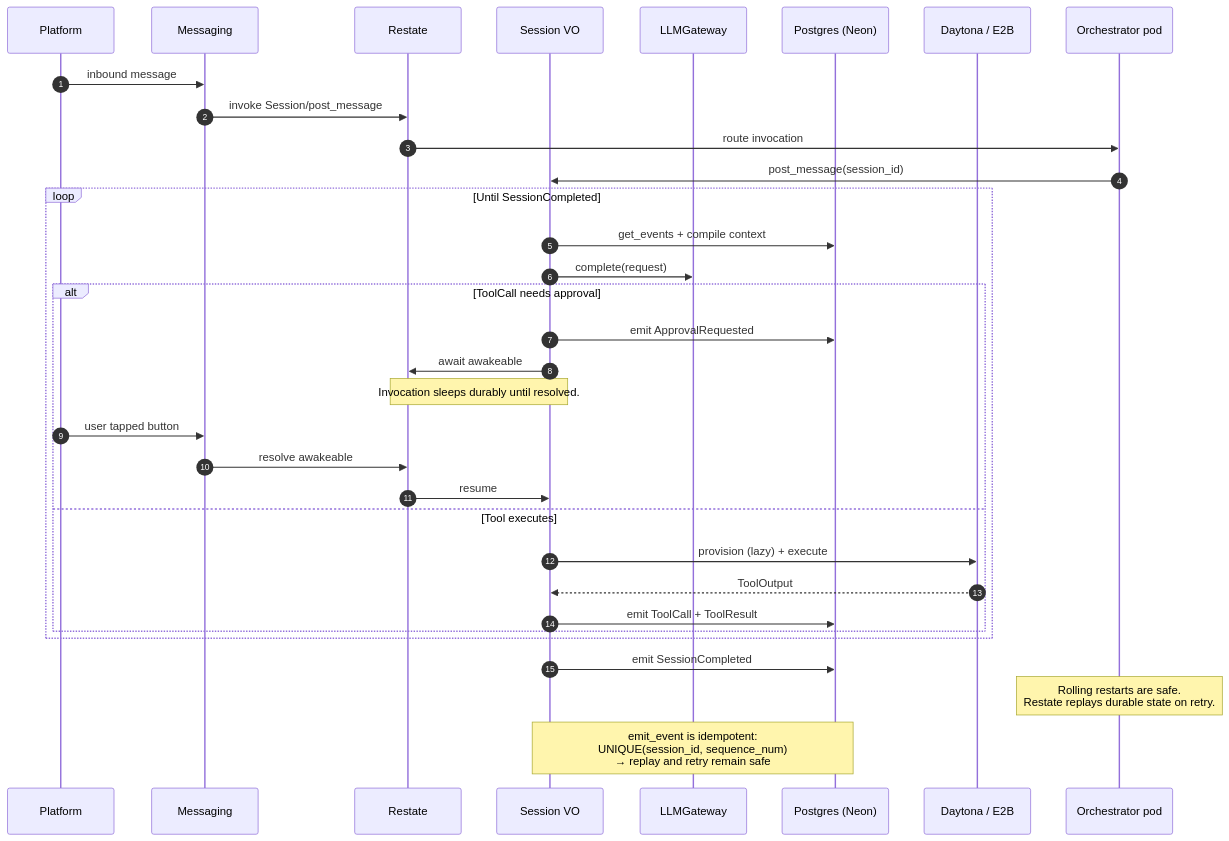
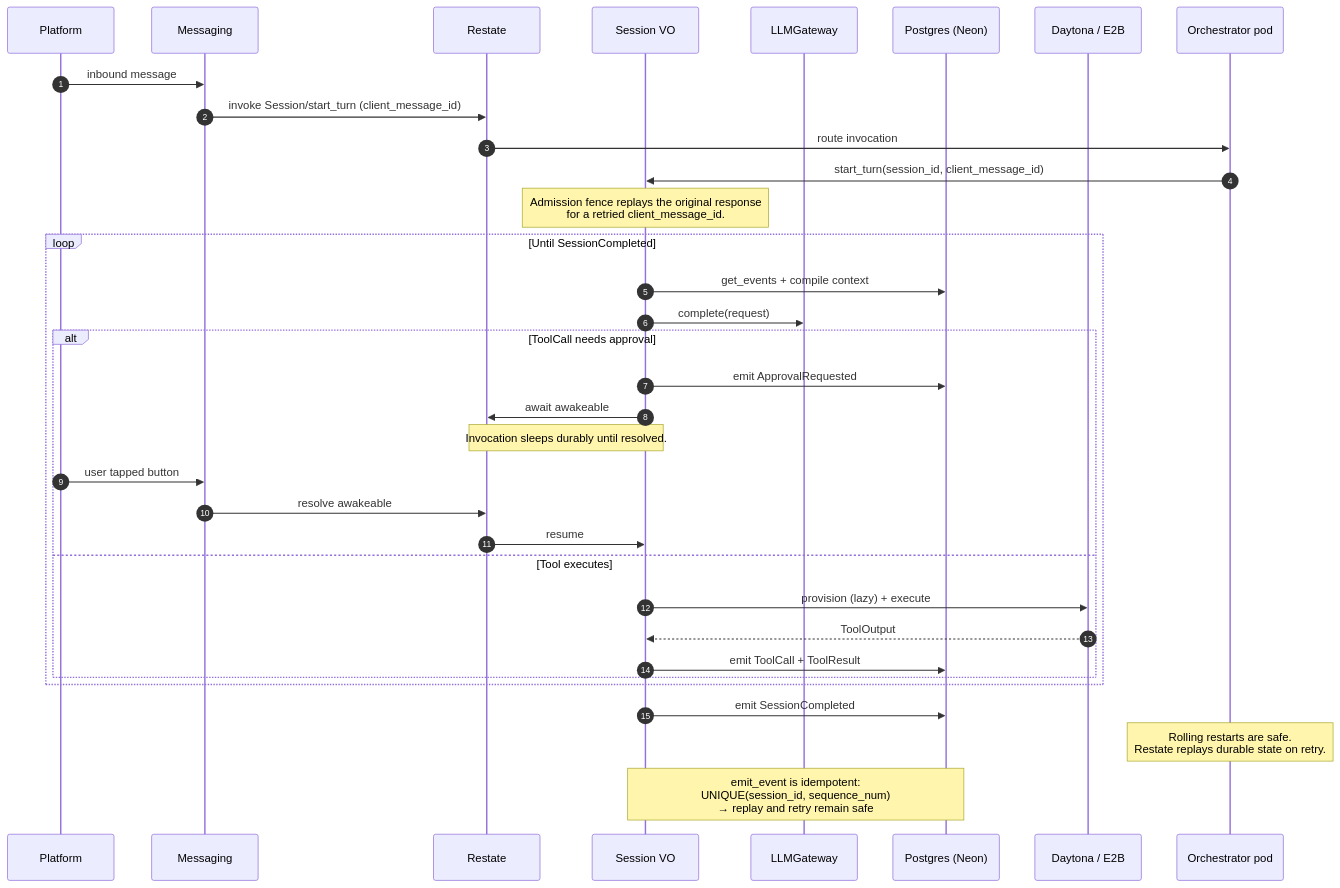
One commit to hwuiwon/moa changed the tenth of 14 diagrams in SEQUENCE-DIAGRAMS.md. Above: the diagram before and after it, drawn with Mermaid. The commit also changed 292 other files, not shown here.

First line of the commit message:
architecture gate, turn integrity, security profiles, credential vault, retry identity, occurrence identity

````diff
--- a/SEQUENCE-DIAGRAMS.md
+++ b/SEQUENCE-DIAGRAMS.md
@@ -444,39 +444,40 @@
 ```mermaid
 sequenceDiagram
     autonumber
     participant Platform
     participant Messaging
     participant Restate
     participant Session as Session VO
     participant LLM as LLMGateway
     participant Log as Postgres (Neon)
     participant Hand as Daytona / E2B
     participant K8s as Orchestrator pod
 
     Platform->>Messaging: inbound message
-    Messaging->>Restate: invoke Session/post_message
+    Messaging->>Restate: invoke Session/start_turn (client_message_id)
     Restate->>K8s: route invocation
-    K8s->>Session: post_message(session_id)
+    K8s->>Session: start_turn(session_id, client_message_id)
+    Note over Session: Admission fence replays the original response<br/>for a retried client_message_id.
 
     loop Until SessionCompleted
         Session->>Log: get_events + compile context
         Session->>LLM: complete(request)
         alt ToolCall needs approval
             Session->>Log: emit ApprovalRequested
             Session->>Restate: await awakeable
             Note over Session,Restate: Invocation sleeps durably until resolved.
             Platform->>Messaging: user tapped button
             Messaging->>Restate: resolve awakeable
             Restate->>Session: resume
         else Tool executes
             Session->>Hand: provision (lazy) + execute
             Hand-->>Session: ToolOutput
             Session->>Log: emit ToolCall + ToolResult
         end
     end
 
     Session->>Log: emit SessionCompleted
     Note over K8s: Rolling restarts are safe.<br/>Restate replays durable state on retry.
 
     Note over Session,Log: emit_event is idempotent:<br/>UNIQUE(session_id, sequence_num)<br/>→ replay and retry remain safe
 ```
````
